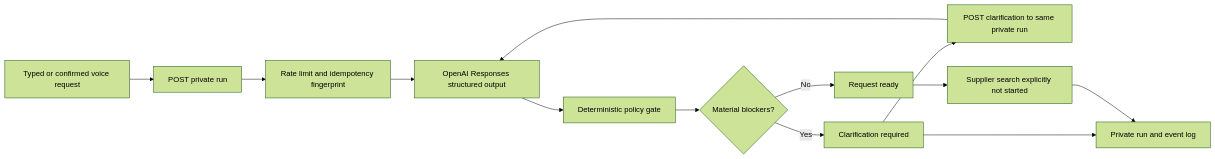
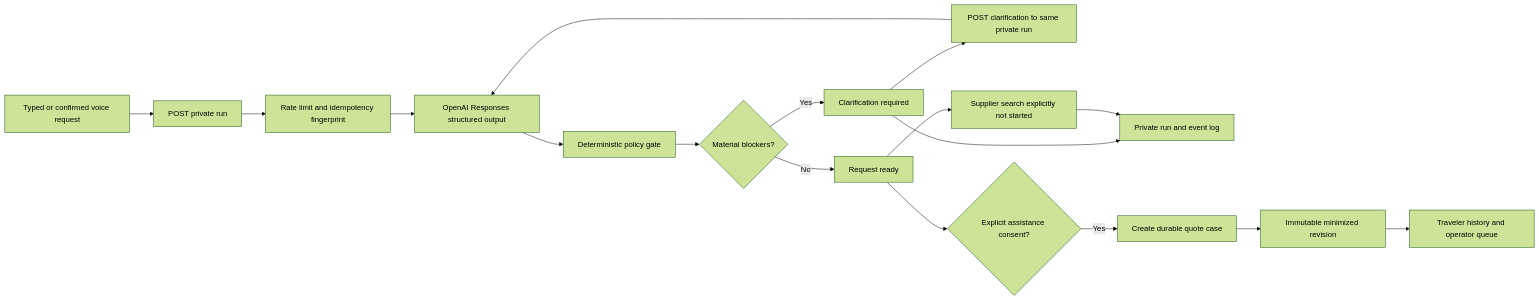
The diagram in docs/AGENT_CORE.md (The-new-ben/tra-vel-co-il), drawn with Mermaid (forest theme) before and after one commit. The commit also changed other lines of this file and 49 other files, not shown here.

````diff
--- a/docs/AGENT_CORE.md
+++ b/docs/AGENT_CORE.md
@@ -15,15 +19,19 @@
 ```mermaid
 flowchart LR
     A[Typed or confirmed voice request] --> B[POST private run]
     B --> C[Rate limit and idempotency fingerprint]
     C --> D[OpenAI Responses structured output]
     D --> E[Deterministic policy gate]
     E --> F{Material blockers?}
     F -->|Yes| G[Clarification required]
     F -->|No| H[Request ready]
     G --> K[POST clarification to same private run]
     K --> D
     H --> I[Supplier search explicitly not started]
     G --> J[Private run and event log]
     I --> J
+    H --> L{Explicit assistance consent?}
+    L -->|Yes| M[Create durable quote case]
+    M --> N[Immutable minimized revision]
+    N --> O[Traveler history and operator queue]
 ```
````
